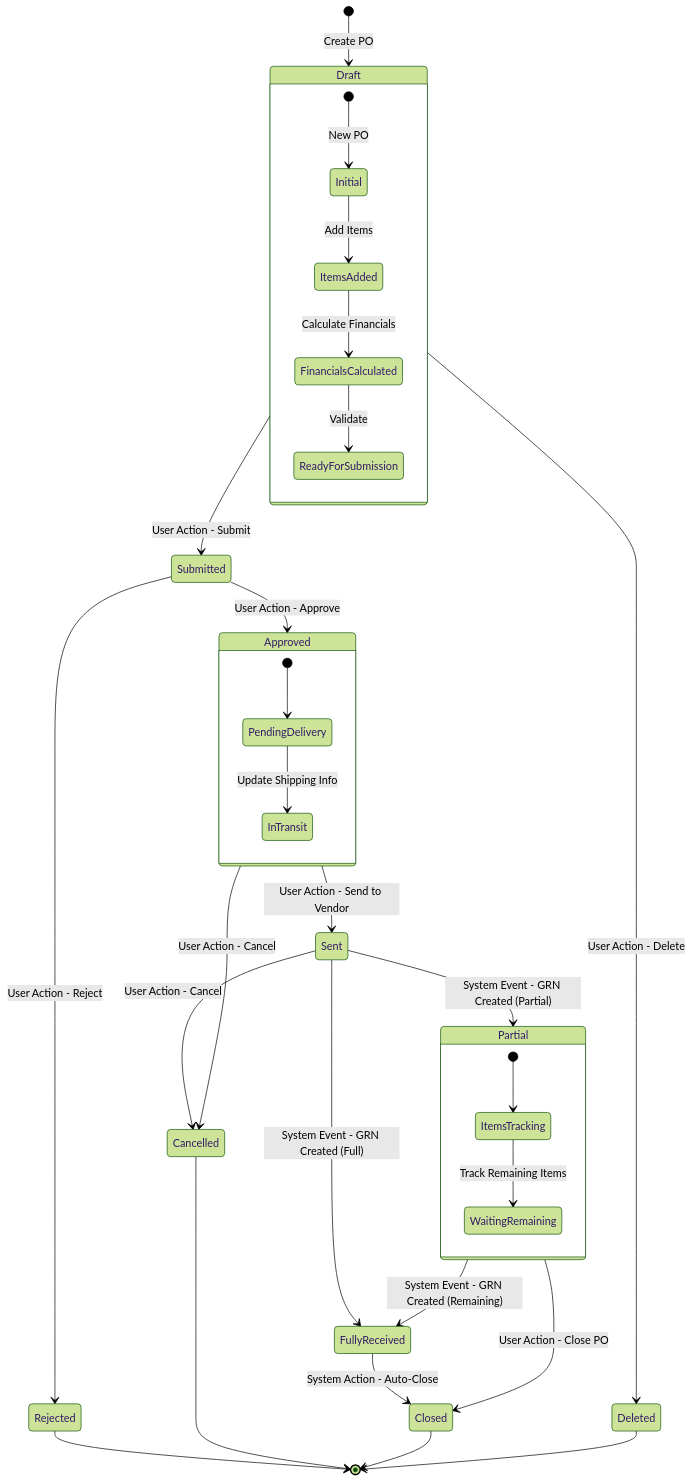
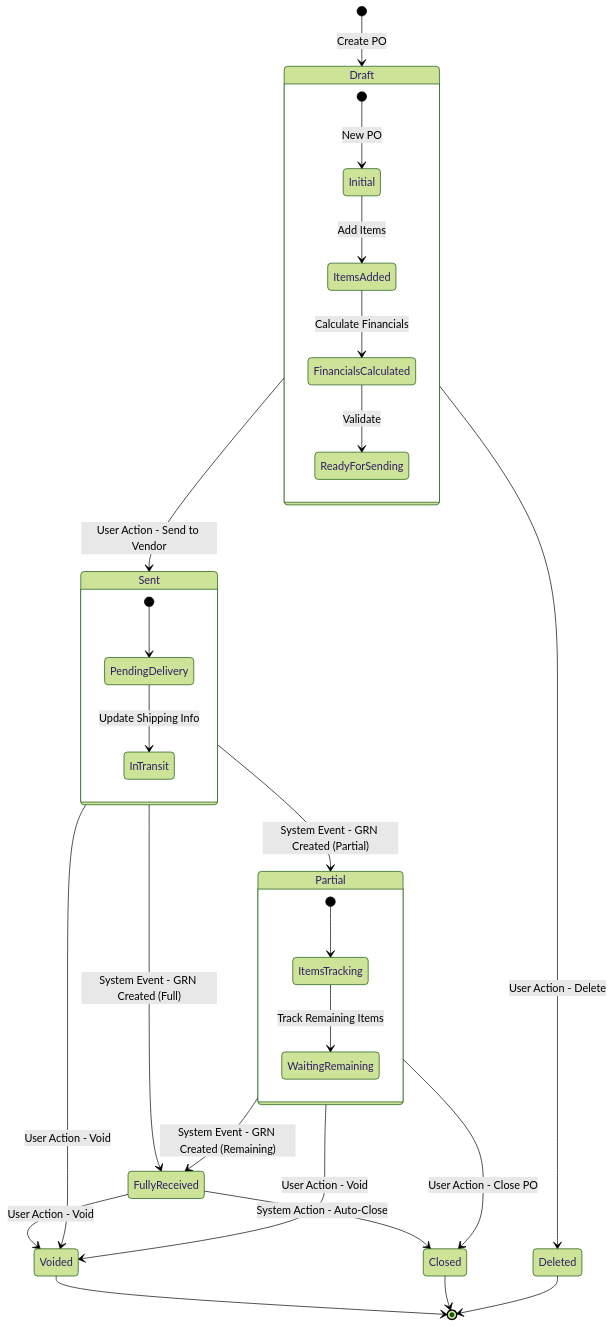
Before and after one commit to CarmenSoftware-organization/carmen: the fourth of 4 diagrams in docs/po/purchase-order-state-diagram.md, drawn with Mermaid (forest theme). The commit also changed other lines of this file and 188 other files, not shown here.

````diff
--- a/docs/po/purchase-order-state-diagram.md
+++ b/docs/po/purchase-order-state-diagram.md
@@ -109,43 +118,39 @@
 ```mermaid
 stateDiagram-v2
     [*] --> Draft: Create PO
     
-    Draft --> Submitted: User Action - Submit
-    Submitted --> Approved: User Action - Approve
-    Submitted --> Rejected: User Action - Reject
-    
-    Approved --> Sent: User Action - Send to Vendor
+    Draft --> Sent: User Action - Send to Vendor
+    Draft --> Deleted: User Action - Delete
     
     Sent --> Partial: System Event - GRN Created (Partial)
     Sent --> FullyReceived: System Event - GRN Created (Full)
+    Sent --> Voided: User Action - Void
     
     Partial --> FullyReceived: System Event - GRN Created (Remaining)
     Partial --> Closed: User Action - Close PO
+    Partial --> Voided: User Action - Void
     
     FullyReceived --> Closed: System Action - Auto-Close
+    FullyReceived --> Voided: User Action - Void
     
     state Draft {
         [*] --> Initial: New PO
         Initial --> ItemsAdded: Add Items
         ItemsAdded --> FinancialsCalculated: Calculate Financials
-        FinancialsCalculated --> ReadyForSubmission: Validate
+        FinancialsCalculated --> ReadyForSending: Validate
     }
     
-    state Approved {
+    state Sent {
         [*] --> PendingDelivery
         PendingDelivery --> InTransit: Update Shipping Info
     }
     
     state Partial {
         [*] --> ItemsTracking
         ItemsTracking --> WaitingRemaining: Track Remaining Items
     }
     
-    Draft --> Deleted: User Action - Delete
-    Approved --> Cancelled: User Action - Cancel
-    Sent --> Cancelled: User Action - Cancel
-    Rejected --> [*]
-    Cancelled --> [*]
+    Voided --> [*]
     Closed --> [*]
     Deleted --> [*]
 ```
````
